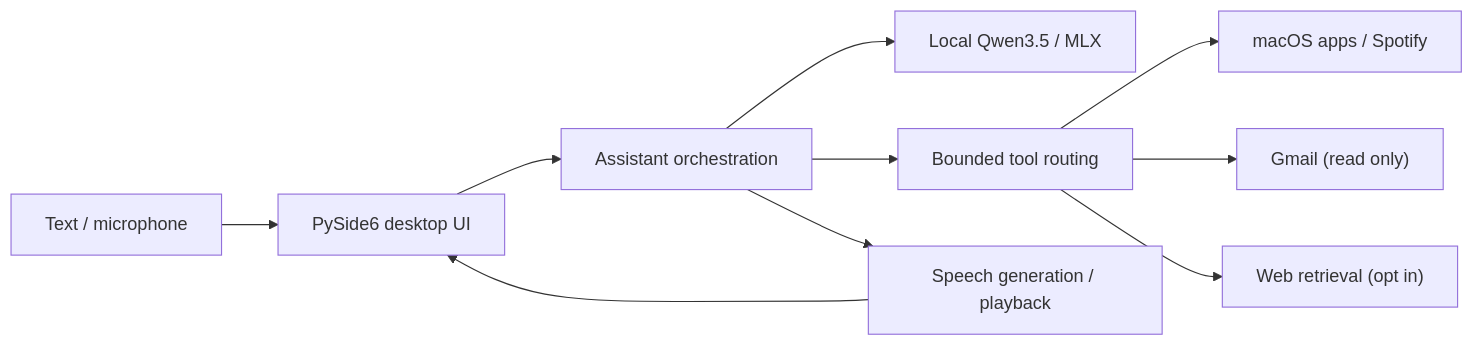
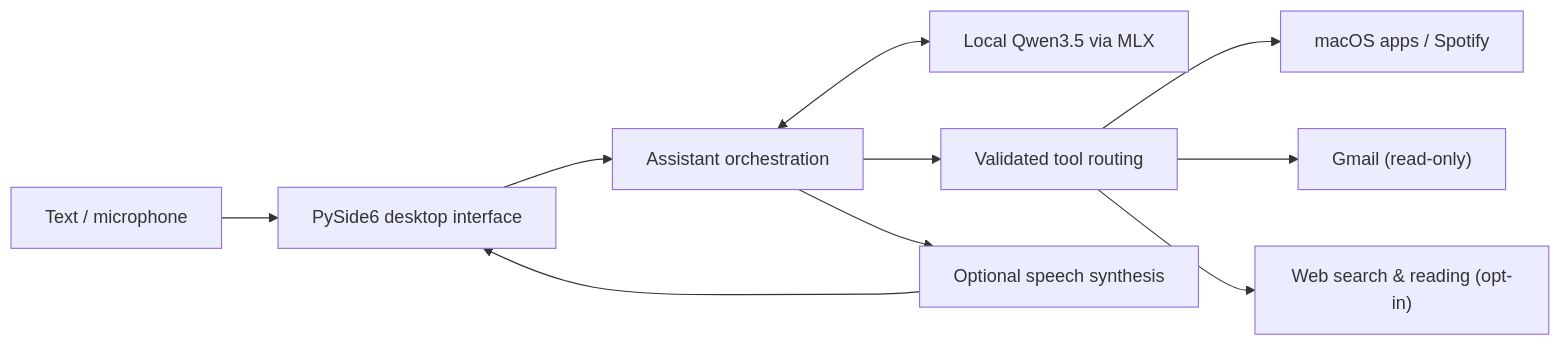
The diagram in README.md (WagnerNico/personal-ai-assistant), drawn with Mermaid before and after one commit. The commit also changed other lines of this file, not shown here.

````diff
--- a/README.md
+++ b/README.md
@@ -33,12 +31,12 @@
 ```mermaid
 flowchart LR
-    A["Text / microphone"] --> B["PySide6 desktop UI"]
+    A["Text / microphone"] --> B["PySide6 desktop interface"]
     B --> C["Assistant orchestration"]
-    C --> D["Local Qwen3.5 / MLX"]
-    C --> E["Bounded tool routing"]
+    C <--> D["Local Qwen3.5 via MLX"]
+    C --> E["Validated tool routing"]
     E --> F["macOS apps / Spotify"]
-    E --> G["Gmail (read only)"]
-    E --> H["Web retrieval (opt in)"]
-    C --> I["Speech generation / playback"]
+    E --> G["Gmail (read-only)"]
+    E --> H["Web search & reading (opt-in)"]
+    C --> I["Optional speech synthesis"]
     I --> B
 ```
````
